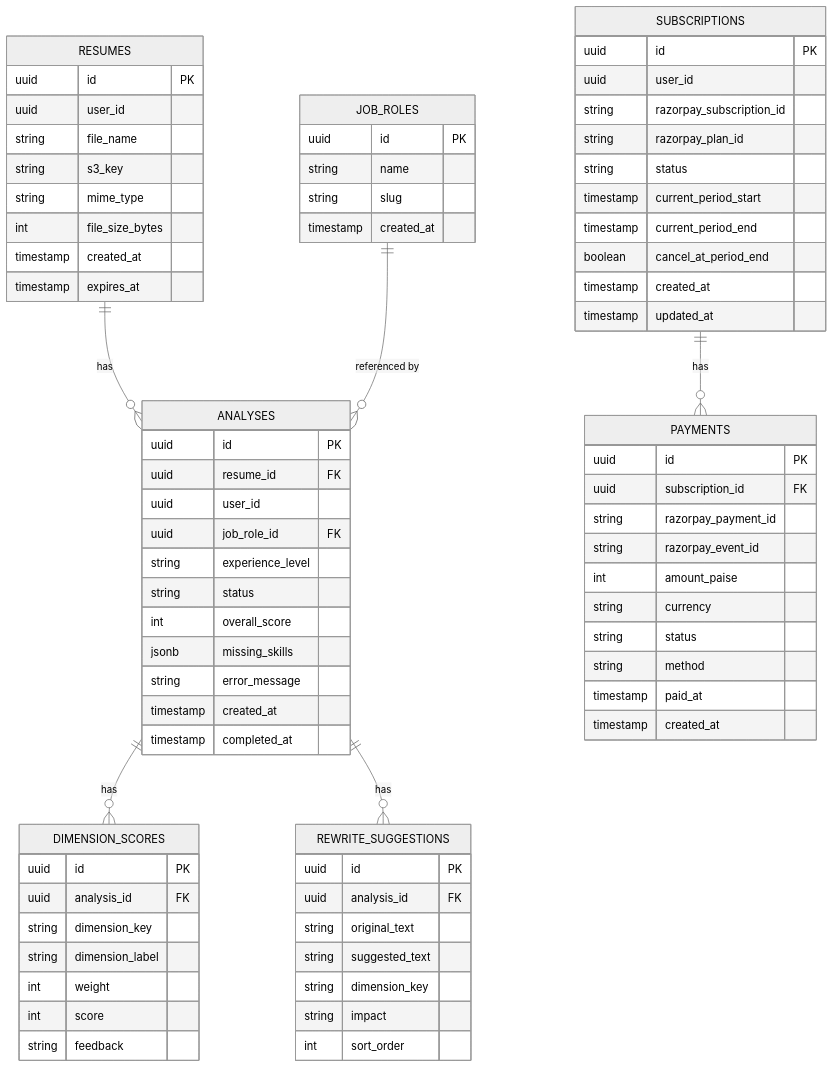
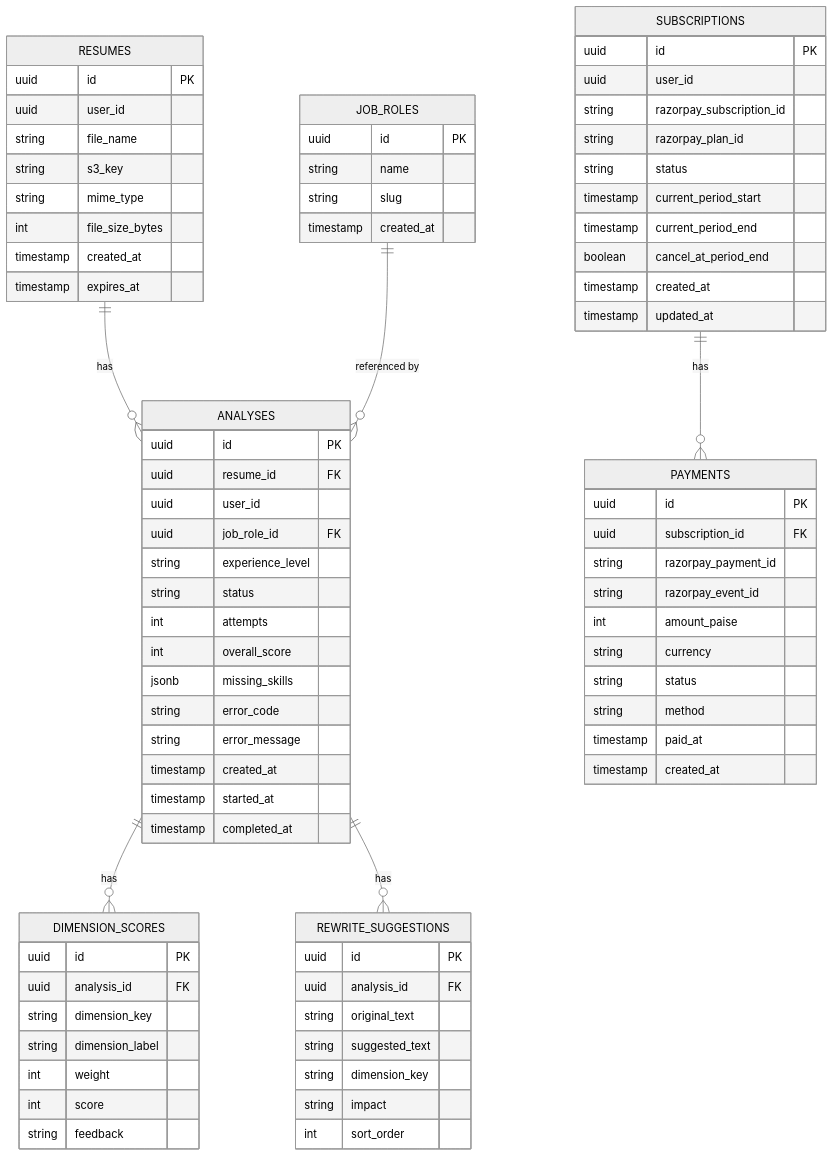
One commit to divii-school/spec-homework changed the sixth of 6 diagrams in sovan/spec.md. Above: the diagram before and after it, drawn with Mermaid (neutral theme). The commit also changed other lines of this file, not shown here.

```diff
--- a/sovan/spec.md
+++ b/sovan/spec.md
@@ -420,10 +482,13 @@
         uuid job_role_id FK
         string experience_level
         string status
+        int attempts
         int overall_score
         jsonb missing_skills
+        string error_code
         string error_message
         timestamp created_at
+        timestamp started_at
         timestamp completed_at
     }
 
```
